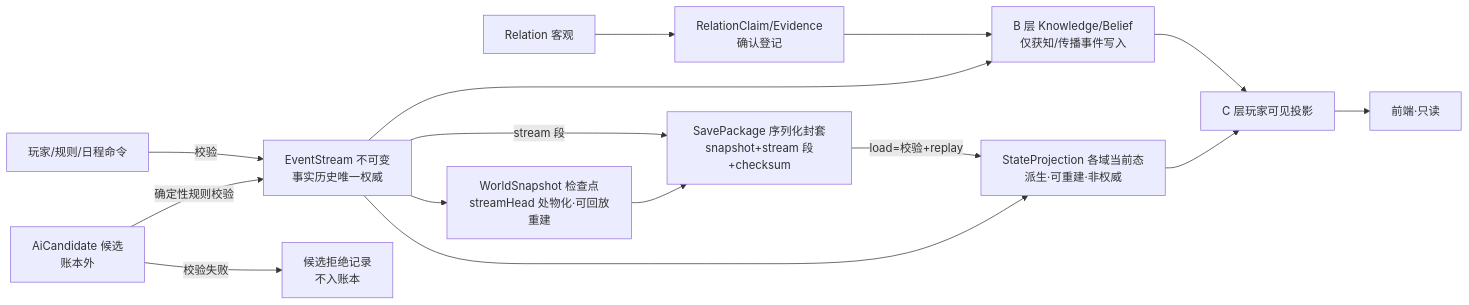
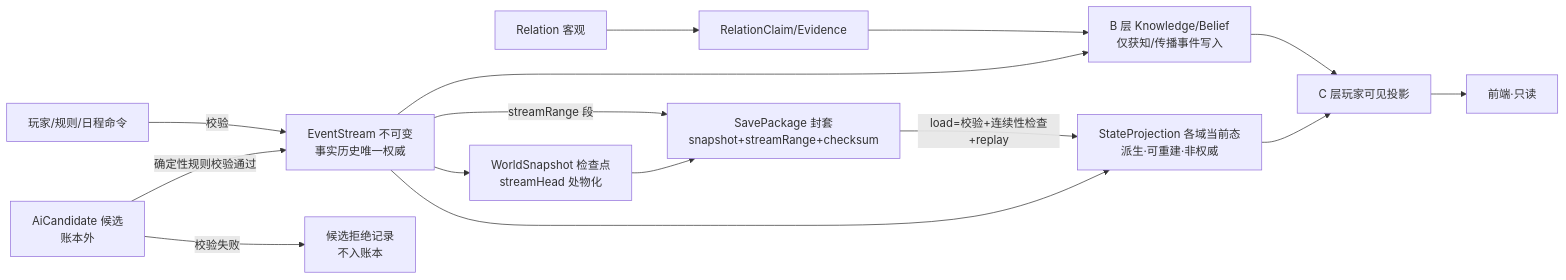
One commit to suzhiyi90-max/Guanyuan changed the first of 3 diagrams in Guanyuan-review/design/正式世界领域模型与边界契约草案-v0.1.md. Above: the diagram before and after it, drawn with Mermaid. The commit also changed other lines of this file and 1 other file, not shown here.

````diff
--- a/Guanyuan-review/design/正式世界领域模型与边界契约草案-v0.1.md
+++ b/Guanyuan-review/design/正式世界领域模型与边界契约草案-v0.1.md
@@ -227,17 +238,17 @@
 ```mermaid
 flowchart LR
-  AI[AiCandidate 候选<br/>账本外] -->|确定性规则校验| LEDGER[EventStream 不可变<br/>事实历史唯一权威]
+  AI[AiCandidate 候选<br/>账本外] -->|确定性规则校验通过| LEDGER[EventStream 不可变<br/>事实历史唯一权威]
   AI -->|校验失败| REJ[候选拒绝记录<br/>不入账本]
   CMD[玩家/规则/日程命令] -->|校验| LEDGER
   LEDGER --> STATE[StateProjection 各域当前态<br/>派生·可重建·非权威]
   LEDGER --> KNOW[B 层 Knowledge/Belief<br/>仅获知/传播事件写入]
-  LEDGER --> SNAP[WorldSnapshot 检查点<br/>streamHead 处物化·可回放重建]
-  SNAP --> PKG[SavePackage 序列化封套<br/>snapshot+stream 段+checksum]
-  LEDGER -->|stream 段| PKG
-  PKG -->|load=校验+replay| STATE
+  LEDGER --> SNAP[WorldSnapshot 检查点<br/>streamHead 处物化]
+  SNAP --> PKG[SavePackage 封套<br/>snapshot+streamRange+checksum]
+  LEDGER -->|streamRange 段| PKG
+  PKG -->|load=校验+连续性检查+replay| STATE
   STATE --> CPROJ[C 层玩家可见投影]
   KNOW --> CPROJ
   CPROJ --> UI[前端·只读]
-  REL[Relation 客观] --> CLAIM[RelationClaim/Evidence<br/>确认登记]
+  REL[Relation 客观] --> CLAIM[RelationClaim/Evidence]
   CLAIM --> KNOW
 ```
````
